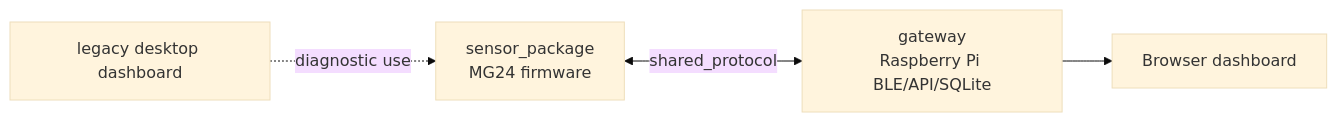
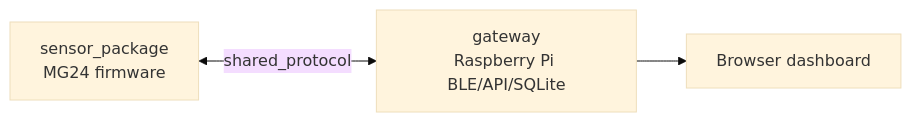
The diagram in docs/system-architecture.md (Rlemons12/seed_mg24), drawn with Mermaid (base theme) before and after one commit. The commit also changed other lines of this file and 3 other files, not shown here.

Commit message:
Remove unused legacy desktop dashboard

````diff
--- a/docs/system-architecture.md
+++ b/docs/system-architecture.md
@@ -3,6 +3,5 @@
 ```mermaid
 flowchart LR
   SP[sensor_package\nMG24 firmware] <-->|shared_protocol| GW[gateway\nRaspberry Pi BLE/API/SQLite]
   GW --> UI[Browser dashboard]
-  LEG[legacy desktop dashboard] -. diagnostic use .-> SP
 ```
````
